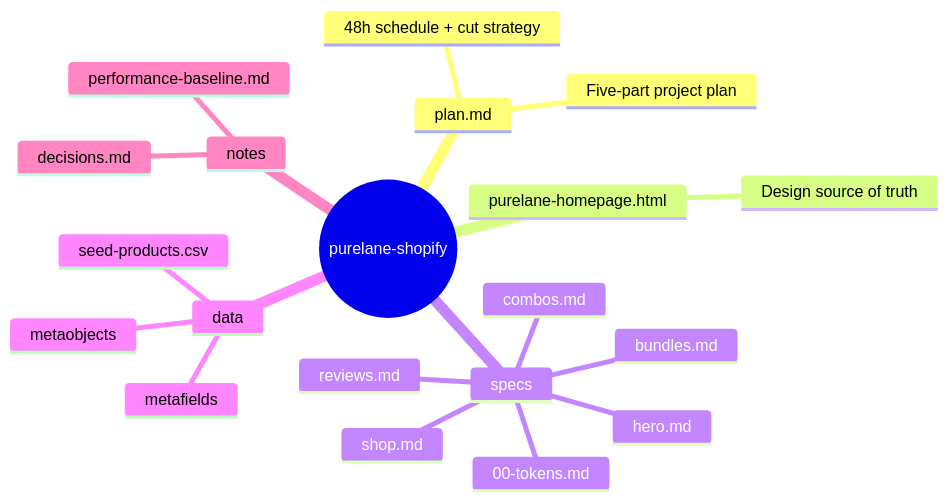
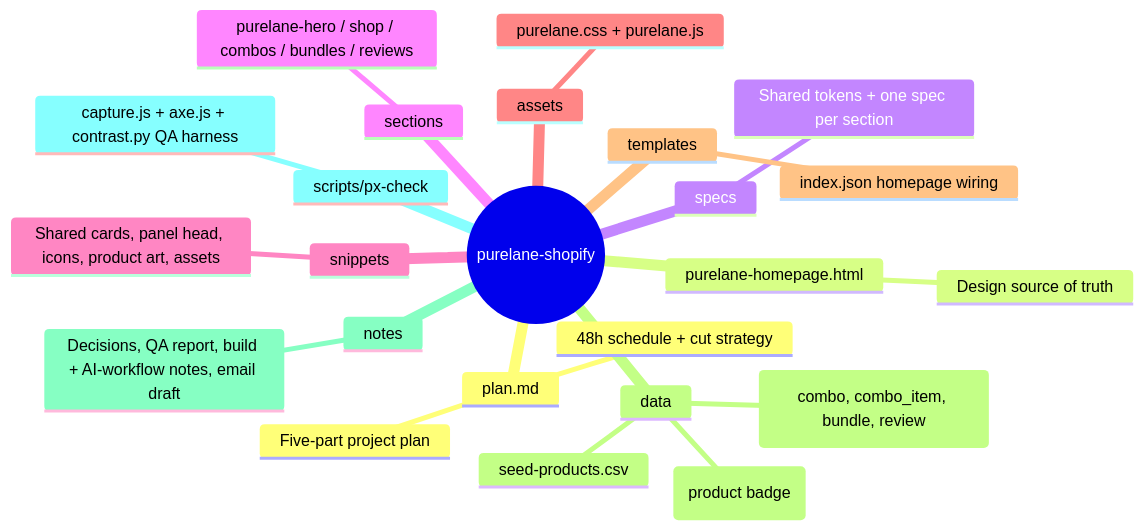
The fourth of 4 diagrams in README.md (sargaprasadrs/TroopodAssignment), drawn with Mermaid before and after one commit. The commit also changed other lines of this file, not shown here.

````diff
--- a/README.md
+++ b/README.md
@@ -129,23 +191,27 @@
 ```mermaid
 mindmap
   root((purelane-shopify))
     plan.md
       Five-part project plan
       48h schedule + cut strategy
     purelane-homepage.html
       Design source of truth
     specs
-      00-tokens.md
-      hero.md
-      shop.md
-      combos.md
-      bundles.md
-      reviews.md
+      Shared tokens + one spec per section
+    sections
+      purelane-hero / shop / combos / bundles / reviews
+    snippets
+      Shared cards, panel head, icons, product art, assets
+    assets
+      purelane.css + purelane.js
+    templates
+      index.json homepage wiring
     data
       seed-products.csv
-      metaobjects
-      metafields
+      metaobjects (combo, combo_item, bundle, review)
+      metafields (product badge)
     notes
-      decisions.md
-      performance-baseline.md
+      Decisions, QA report, build + AI-workflow notes, email draft
+    scripts/px-check
+      capture.js + axe.js + contrast.py QA harness
 ```
````
